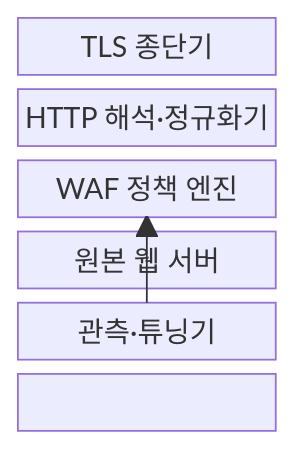
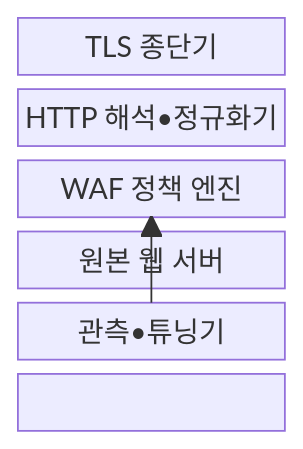
Before and after one commit to agnusdei1207/knowledge-base: the first of 2 diagrams in src/content/docs/notes/04-network/091_waf_web_application_firewall.md, drawn with Mermaid. The commit also changed other lines of this file and 953 other files, not shown here.

````diff
--- a/src/content/docs/notes/04-network/091_waf_web_application_firewall.md
+++ b/src/content/docs/notes/04-network/091_waf_web_application_firewall.md
@@ -68,11 +68,11 @@
 ```mermaid
 block-beta
     columns 1
     TLS["TLS 종단기"]
-    NORMALIZER["HTTP 해석·정규화기"]
+    NORMALIZER["HTTP 해석•정규화기"]
     POLICY["WAF 정책 엔진"]
     ORIGIN["원본 웹 서버"]
-    TUNING["관측·튜닝기"]
+    TUNING["관측•튜닝기"]
     TLS --> NORMALIZER --> POLICY --> ORIGIN
     TUNING --> POLICY
 ```
````
